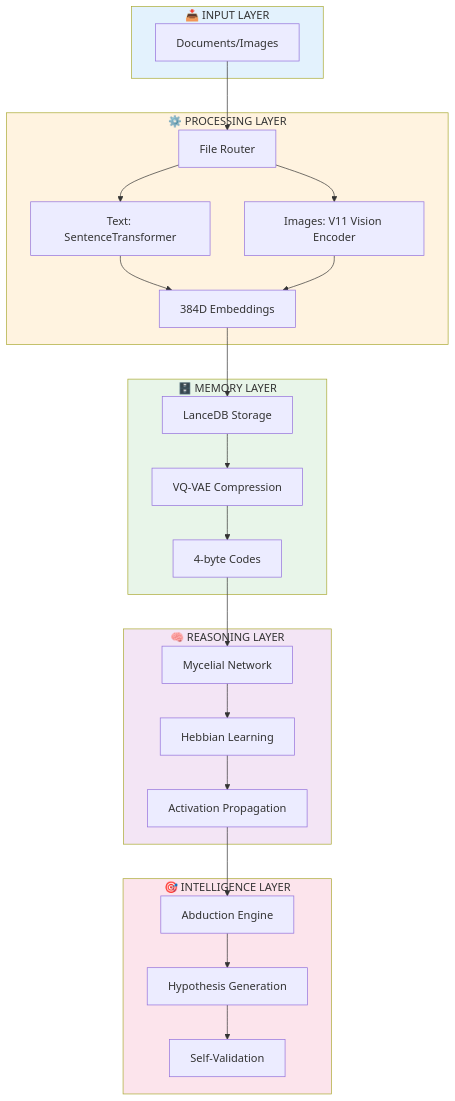
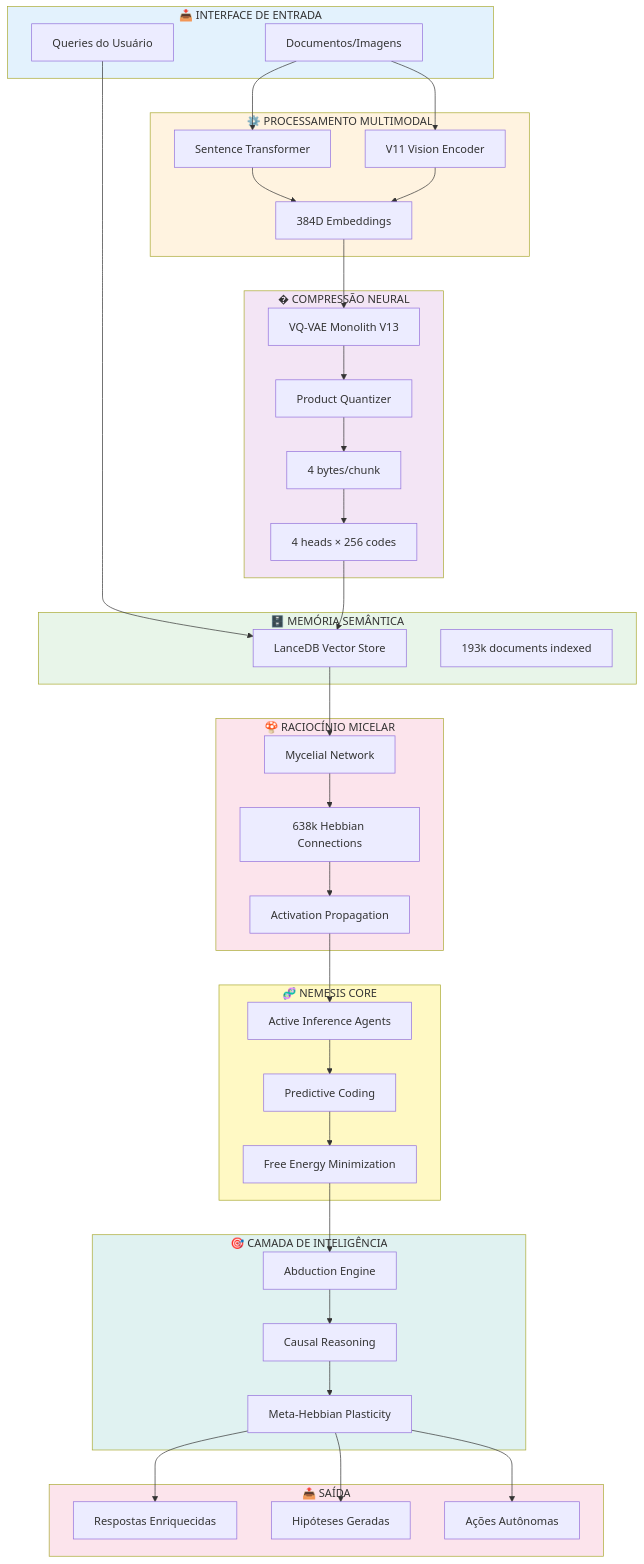
The diagram in README.md (GAndreuu/Prototype-Alexandria), drawn with Mermaid before and after one commit. The commit also changed other lines of this file and 36 other files, not shown here.

````diff
--- a/README.md
+++ b/README.md
@@ -65,50 +55,81 @@
 ```mermaid
 graph TB
-    subgraph Input[" 📥 INPUT LAYER "]
-        A[Documents/Images]
+    subgraph Input["📥 INTERFACE DE ENTRADA"]
+        A[Documentos/Imagens]
+        B[Queries do Usuário]
     end
     
-    subgraph Process[" ⚙️ PROCESSING LAYER "]
-        B[File Router]
-        C[Text: SentenceTransformer]
-        D[Images: V11 Vision Encoder]
+    subgraph Processing["⚙️ PROCESSAMENTO MULTIMODAL"]
+        C[Sentence Transformer]
+        D[V11 Vision Encoder]
         E[384D Embeddings]
     end
     
-    subgraph Memory[" 🗄️ MEMORY LAYER "]
-        F[LanceDB Storage]
-        G[VQ-VAE Compression]
-        H[4-byte Codes]
+    subgraph Compression["�️ COMPRESSÃO NEURAL"]
+        F[VQ-VAE Monolith V13]
+        G[Product Quantizer]
+        H[4 bytes/chunk]
+        I[4 heads × 256 codes]
     end
     
-    subgraph Reasoning[" 🧠 REASONING LAYER "]
-        I[Mycelial Network]
-        J[Hebbian Learning]
-        K[Activation Propagation]
+    subgraph Memory["🗄️ MEMÓRIA SEMÂNTICA"]
+        J[LanceDB Vector Store]
+        K[193k documents indexed]
     end
     
-    subgraph Intelligence[" 🎯 INTELLIGENCE LAYER "]
-        L[Abduction Engine]
-        M[Hypothesis Generation]
-        N[Self-Validation]
+    subgraph Reasoning["🍄 RACIOCÍNIO MICELAR"]
+        L[Mycelial Network]
+        M[638k Hebbian Connections]
+        N[Activation Propagation]
     end
     
-    A --> B
-    B --> C & D
-    C & D --> E
+    subgraph Nemesis["🧬 NEMESIS CORE"]
+        O[Active Inference Agents]
+        P[Predictive Coding]
+        Q[Free Energy Minimization]
+    end
+    
+    subgraph Intelligence["🎯 CAMADA DE INTELIGÊNCIA"]
+        R[Abduction Engine]
+        S[Causal Reasoning]
+        T[Meta-Hebbian Plasticity]
+    end
+    
+    subgraph Output["📤 SAÍDA"]
+        U[Respostas Enriquecidas]
+        V[Hipóteses Geradas]
+        W[Ações Autônomas]
+    end
+    
+    A --> C
+    A --> D
+    B --> J
+    C --> E
+    D --> E
     E --> F
     F --> G
     G --> H
     H --> I
     I --> J
-    J --> K
-    K --> L
+    J --> L
     L --> M
     M --> N
+    N --> O
+    O --> P
+    P --> Q
+    Q --> R
+    R --> S
+    S --> T
+    T --> U
+    T --> V
+    T --> W
     
     style Input fill:#e3f2fd
-    style Process fill:#fff3e0
+    style Processing fill:#fff3e0
+    style Compression fill:#f3e5f5
     style Memory fill:#e8f5e9
-    style Reasoning fill:#f3e5f5
-    style Intelligence fill:#fce4ec
+    style Reasoning fill:#fce4ec
+    style Nemesis fill:#fff9c4
+    style Intelligence fill:#e0f2f1
+    style Output fill:#fce4ec
 ```
````
